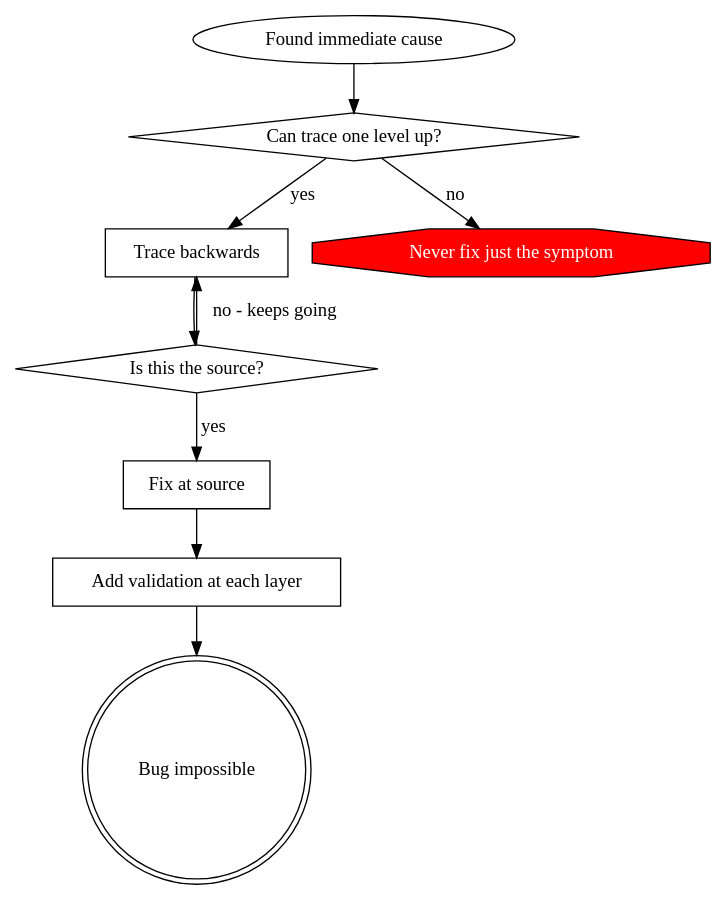
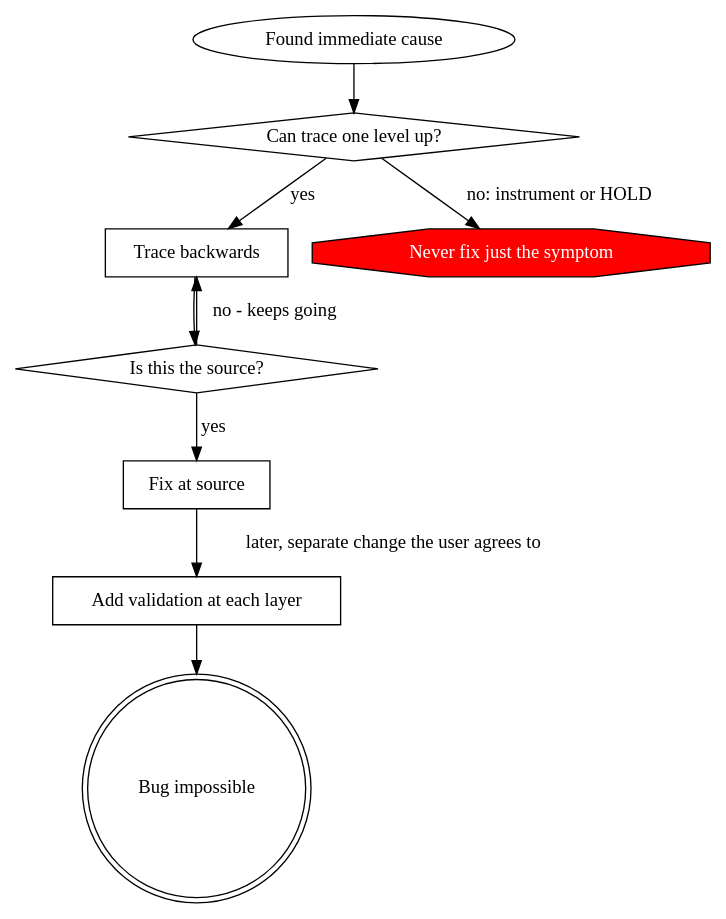
Before and after one commit to DayZ-n-Chill/Agentic-Z: the second of 2 diagrams in skills/systematic-debugging/references/root-cause-tracing.md, drawn with Graphviz. The commit also changed other lines of this file and 478 other files, not shown here.

````diff
--- a/skills/systematic-debugging/references/root-cause-tracing.md
+++ b/skills/systematic-debugging/references/root-cause-tracing.md
@@ -146,21 +149,21 @@
 ```dot
 digraph principle {
     "Found immediate cause" [shape=ellipse];
     "Can trace one level up?" [shape=diamond];
     "Trace backwards" [shape=box];
     "Is this the source?" [shape=diamond];
     "Fix at source" [shape=box];
     "Add validation at each layer" [shape=box];
     "Bug impossible" [shape=doublecircle];
     "Never fix just the symptom" [shape=octagon, style=filled, fillcolor=red, fontcolor=white];
 
     "Found immediate cause" -> "Can trace one level up?";
     "Can trace one level up?" -> "Trace backwards" [label="yes"];
-    "Can trace one level up?" -> "Never fix just the symptom" [label="no"];
+    "Can trace one level up?" -> "Never fix just the symptom" [label="no: instrument or HOLD"];
     "Trace backwards" -> "Is this the source?";
     "Is this the source?" -> "Trace backwards" [label="no - keeps going"];
     "Is this the source?" -> "Fix at source" [label="yes"];
-    "Fix at source" -> "Add validation at each layer";
+    "Fix at source" -> "Add validation at each layer" [label="later, separate change the user agrees to"];
     "Add validation at each layer" -> "Bug impossible";
 }
 ```
````
